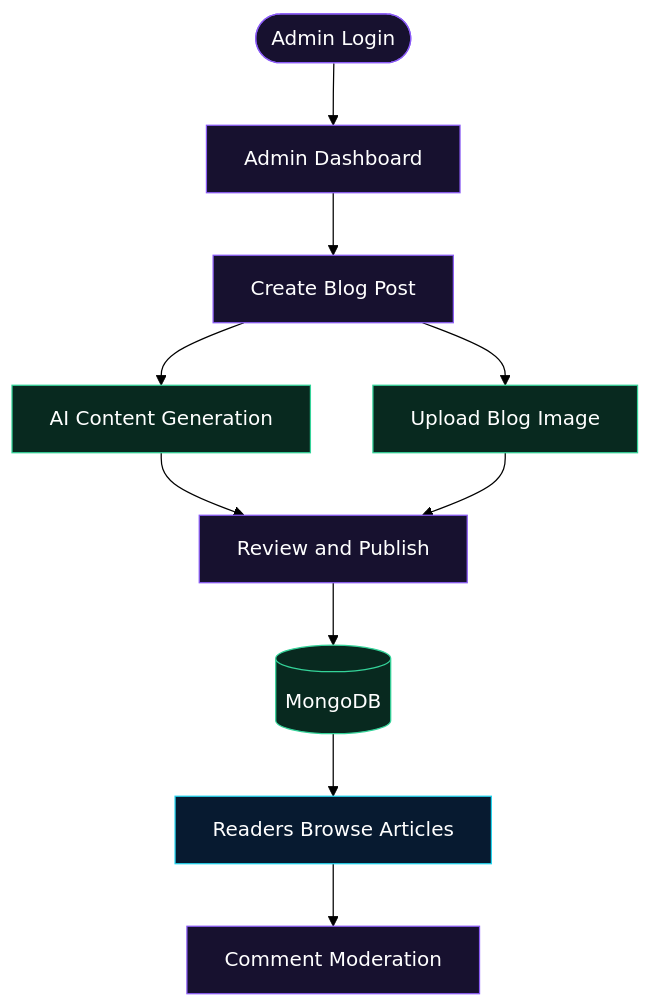
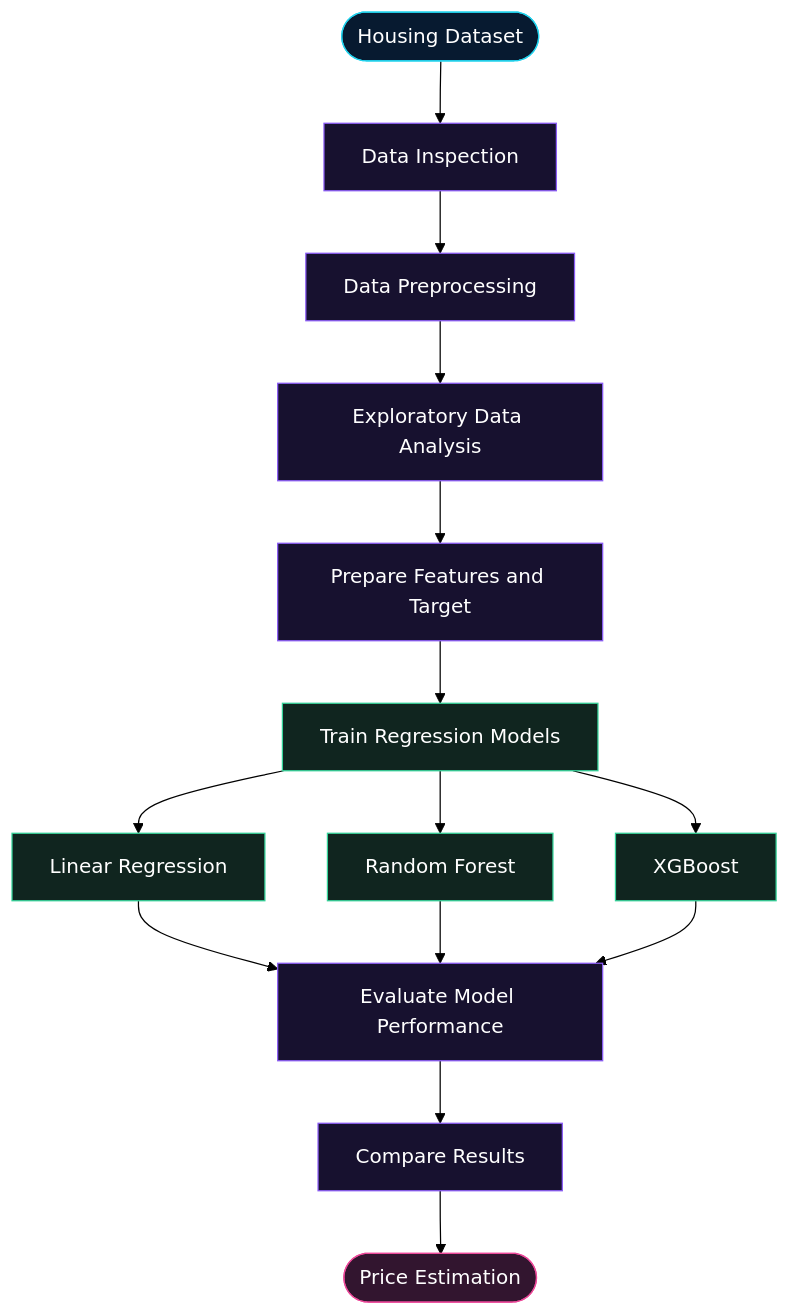
The diagram in README.md (chanu2005-wq/house_price_prediction), drawn with Mermaid (forest theme) before and after one commit. The commit also changed other lines of this file, not shown here.

````diff
--- a/README.md
+++ b/README.md
@@ -138,20 +123,29 @@
 ```mermaid
 flowchart TD
-    A([Admin Login]) --> B[Admin Dashboard]
-    B --> C[Create Blog Post]
-    C --> D[AI Content Generation]
-    C --> E[Upload Blog Image]
-    D --> F[Review and Publish]
-    E --> F
-    F --> G[(MongoDB)]
-    G --> H[Readers Browse Articles]
-    H --> I[Comment Moderation]
+    A([Housing Dataset]) --> B[Data Inspection]
+    B --> C[Data Preprocessing]
+    C --> D[Exploratory Data Analysis]
+    D --> E[Prepare Features and Target]
+    E --> F[Train Regression Models]
 
-    classDef admin fill:#17112f,stroke:#8b5cf6,color:#ffffff
-    classDef service fill:#08291f,stroke:#34d399,color:#ffffff
-    classDef reader fill:#071a30,stroke:#22d3ee,color:#ffffff
+    F --> G[Linear Regression]
+    F --> H[Random Forest]
+    F --> I[XGBoost]
 
-    class A,B,C,F,I admin
-    class D,E,G service
-    class H reader
+    G --> J[Evaluate Model Performance]
+    H --> J
+    I --> J
+
+    J --> K[Compare Results]
+    K --> L([Price Estimation])
+
+    classDef source fill:#071A30,stroke:#22D3EE,color:#FFFFFF
+    classDef process fill:#17112F,stroke:#8B5CF6,color:#FFFFFF
+    classDef model fill:#10251F,stroke:#34D399,color:#FFFFFF
+    classDef result fill:#32152F,stroke:#EC4899,color:#FFFFFF
+
+    class A source
+    class B,C,D,E,J,K process
+    class F,G,H,I model
+    class L result
 ```
````
